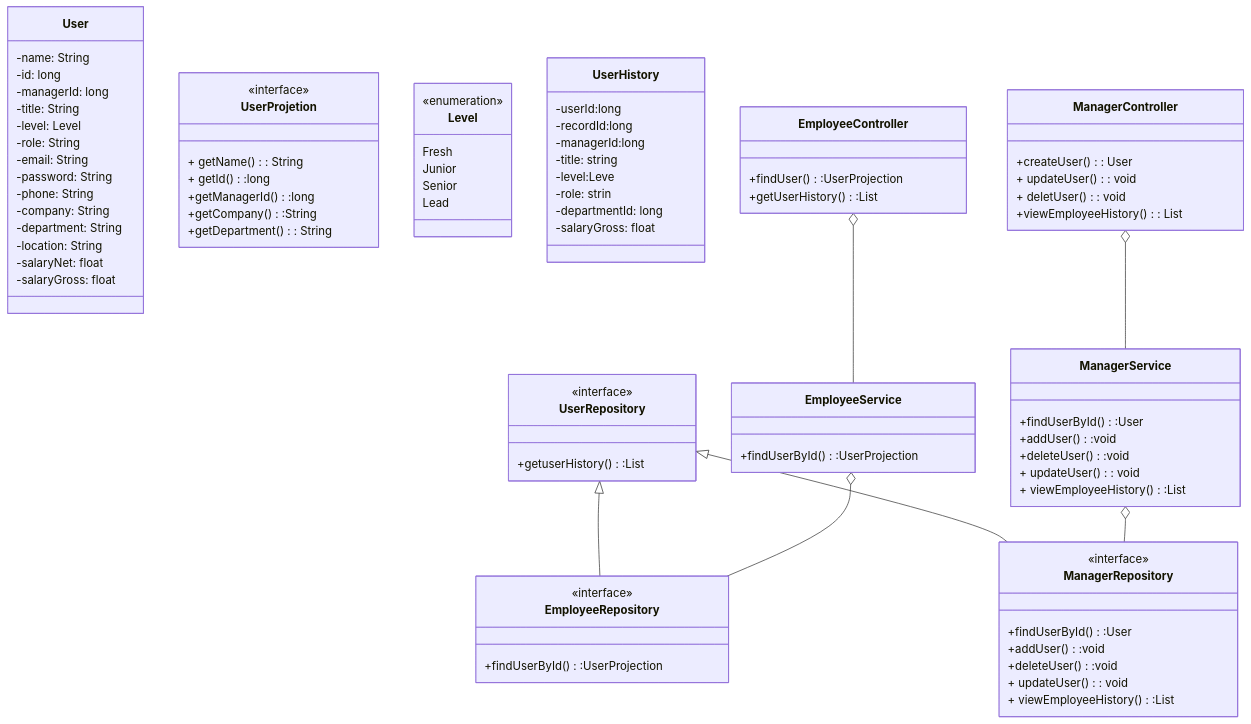
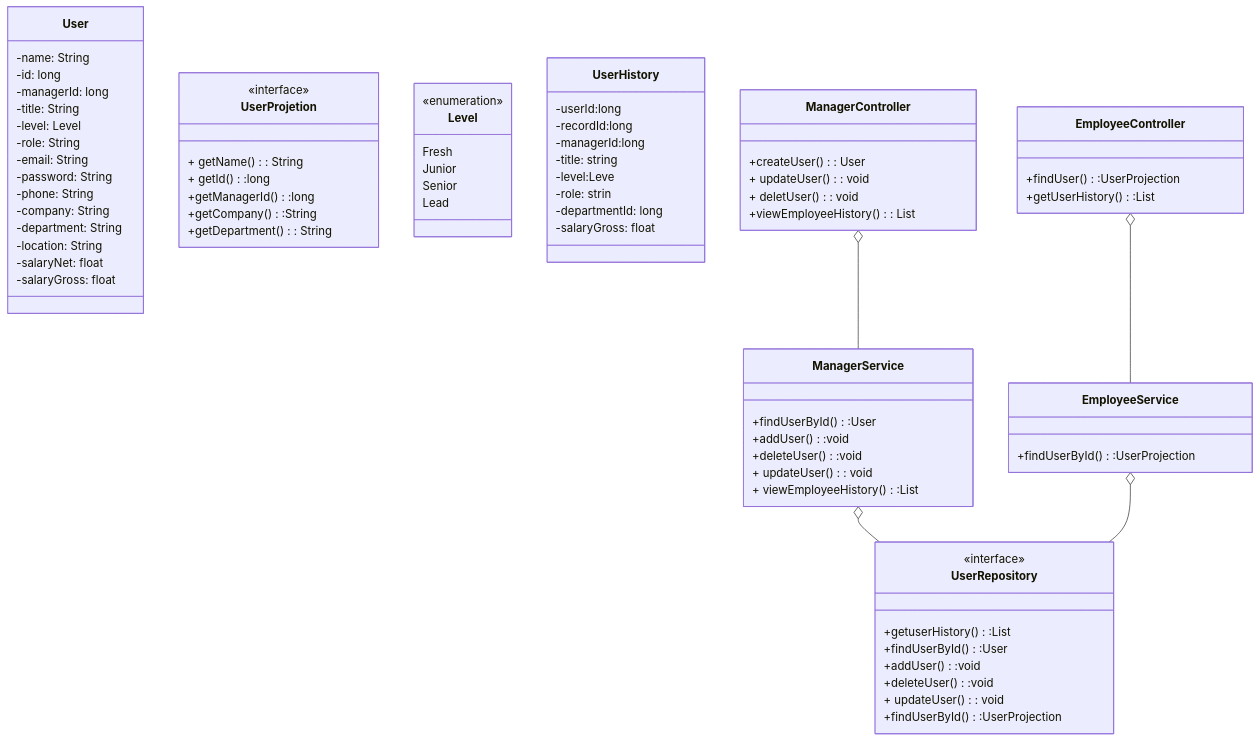
One commit to wrak-fra5-belbasalla7mar/.github changed the first of 7 diagrams in profile/README.md. Above: the diagram before and after it, drawn with Mermaid.

```diff
--- a/profile/README.md
+++ b/profile/README.md
@@ -47,20 +47,12 @@
 class UserRepository{
 <<interface>>
 +getuserHistory():List<User>
-}
-class EmployeeRepository{
-<<interface>>
-+findUserById():UserProjection
-}
-class ManagerRepository{
-<<interface>>
 +findUserById():User
 +addUser():void
 +deleteUser():void
 + updateUser(): void
-+ viewEmployeeHistory():List<User>
++findUserById():UserProjection
 }
-
 class EmployeeService{
 +findUserById():UserProjection
 }
@@ -81,10 +73,8 @@
 + deletUser(): void
 +viewEmployeeHistory(): List<User>
 }
-UserRepository <|--EmployeeRepository
-UserRepository <|--ManagerRepository
-ManagerService o-- ManagerRepository
-EmployeeService o-- EmployeeRepository
+ManagerService o-- UserRepository
+EmployeeService o-- UserRepository
 ManagerController o-- ManagerService
 EmployeeController o-- EmployeeService
 
```
